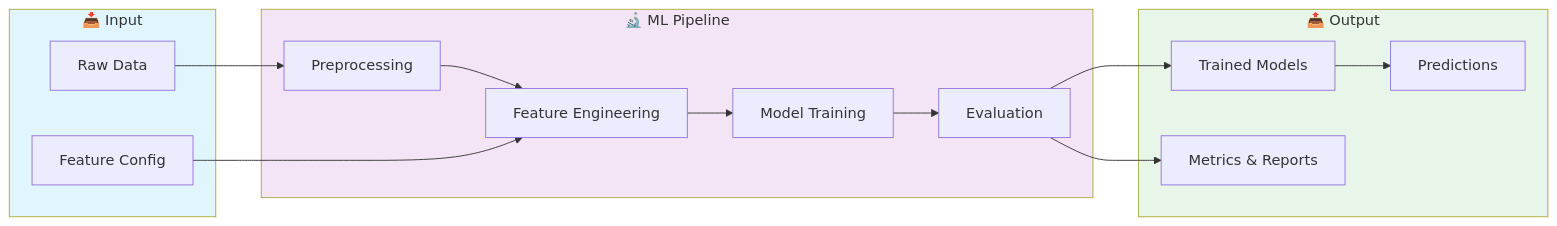
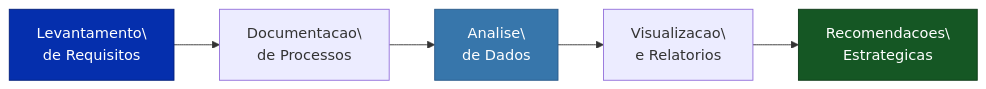
One commit to galafis/ibm-business-analyst-capstone changed the diagram in README.md. Above: the diagram before and after it, drawn with Mermaid. The commit also changed other lines of this file and 1 other file, not shown here.

````diff
--- a/README.md
+++ b/README.md
@@ -35,30 +30,11 @@
 ```mermaid
-graph LR
-    subgraph Input["📥 Input"]
-        A[Raw Data]
-        B[Feature Config]
-    end
-    
-    subgraph Pipeline["🔬 ML Pipeline"]
-        C[Preprocessing]
-        D[Feature Engineering]
-        E[Model Training]
-        F[Evaluation]
-    end
-    
-    subgraph Output["📤 Output"]
-        G[Trained Models]
-        H[Metrics & Reports]
-        I[Predictions]
-    end
-    
-    A --> C --> D --> E --> F
-    B --> D
-    F --> G
-    F --> H
-    G --> I
-    
-    style Input fill:#e1f5fe
-    style Pipeline fill:#f3e5f5
-    style Output fill:#e8f5e9
+flowchart LR
+    A[Levantamento\\nde Requisitos] --> B[Documentacao\\nde Processos]
+    B --> C[Analise\\nde Dados]
+    C --> D[Visualizacao\\ne Relatorios]
+    D --> E[Recomendacoes\\nEstrategicas]
+
+    style A fill:#052FAD,color:#fff,stroke:#031f7a
+    style C fill:#3776AB,color:#fff,stroke:#2a5a8a
+    style E fill:#155724,color:#fff,stroke:#0e3a18
 ```
````
